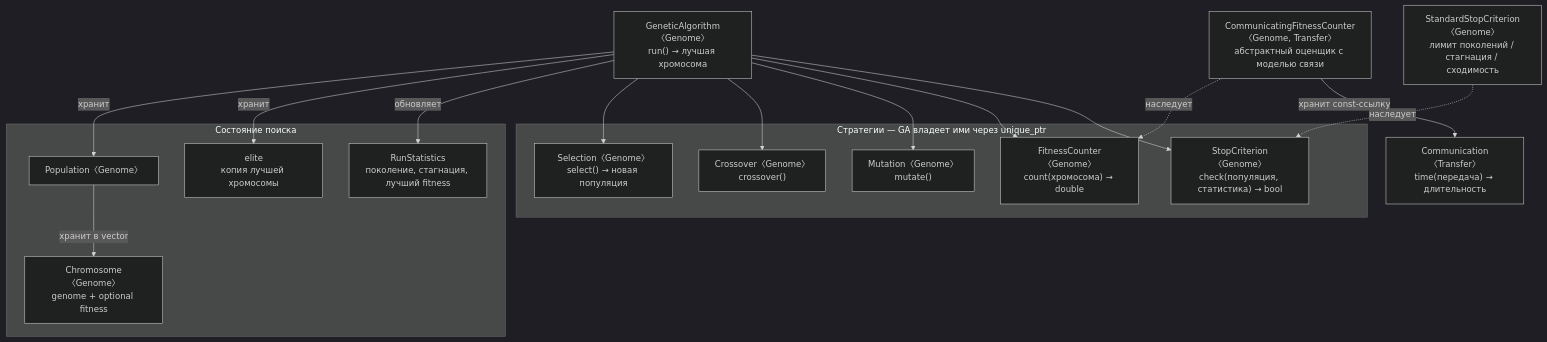
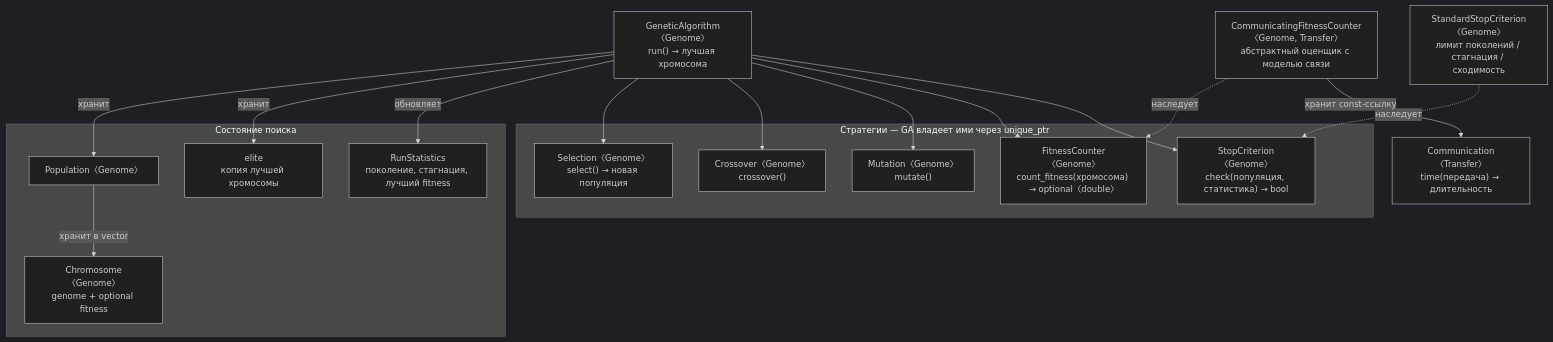
Before and after one commit to NewMrPotato/GA-scheduling-task: the first of 2 diagrams in README.md, drawn with Mermaid (dark theme). The commit also changed other lines of this file and 11 other files, not shown here.

````diff
--- a/README.md
+++ b/README.md
@@ -19,37 +36,37 @@
 ```mermaid
 flowchart TB
     GA["GeneticAlgorithm〈Genome〉<br/>run() → лучшая хромосома"]
 
     subgraph State["Состояние поиска"]
         Population["Population〈Genome〉"]
         Chromosome["Chromosome〈Genome〉<br/>genome + optional fitness"]
         Elite["elite<br/>копия лучшей хромосомы"]
         Stats["RunStatistics<br/>поколение, стагнация, лучший fitness"]
         Population -->|"хранит в vector"| Chromosome
     end
 
     subgraph Strategies["Стратегии — GA владеет ими через unique_ptr"]
         Selection["Selection〈Genome〉<br/>select() → новая популяция"]
         Crossover["Crossover〈Genome〉<br/>crossover()"]
         Mutation["Mutation〈Genome〉<br/>mutate()"]
-        Fitness["FitnessCounter〈Genome〉<br/>count(хромосома) → double"]
+        Fitness["FitnessCounter〈Genome〉<br/>count_fitness(хромосома) → optional〈double〉"]
         Stop["StopCriterion〈Genome〉<br/>check(популяция, статистика) → bool"]
     end
 
     GA -->|"хранит"| Population
     GA -->|"хранит"| Elite
     GA -->|"обновляет"| Stats
     GA --> Selection
     GA --> Crossover
     GA --> Mutation
     GA --> Fitness
     GA --> Stop
 
     Standard["StandardStopCriterion〈Genome〉<br/>лимит поколений / стагнация / сходимость"]
     Standard -.->|"наследует"| Stop
 
     Communicating["CommunicatingFitnessCounter〈Genome, Transfer〉<br/>абстрактный оценщик с моделью связи"]
     Communication["Communication〈Transfer〉<br/>time(передача) → длительность"]
     Communicating -.->|"наследует"| Fitness
     Communicating -->|"хранит const-ссылку"| Communication
 ```
````
